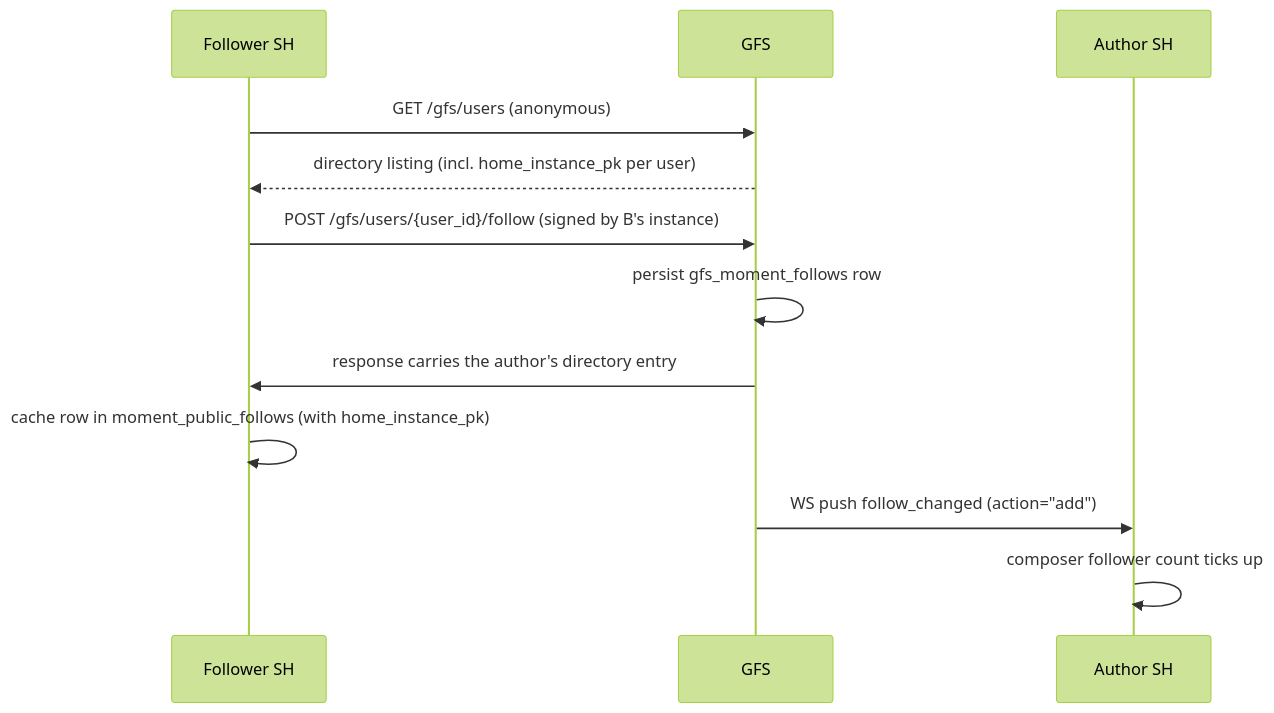
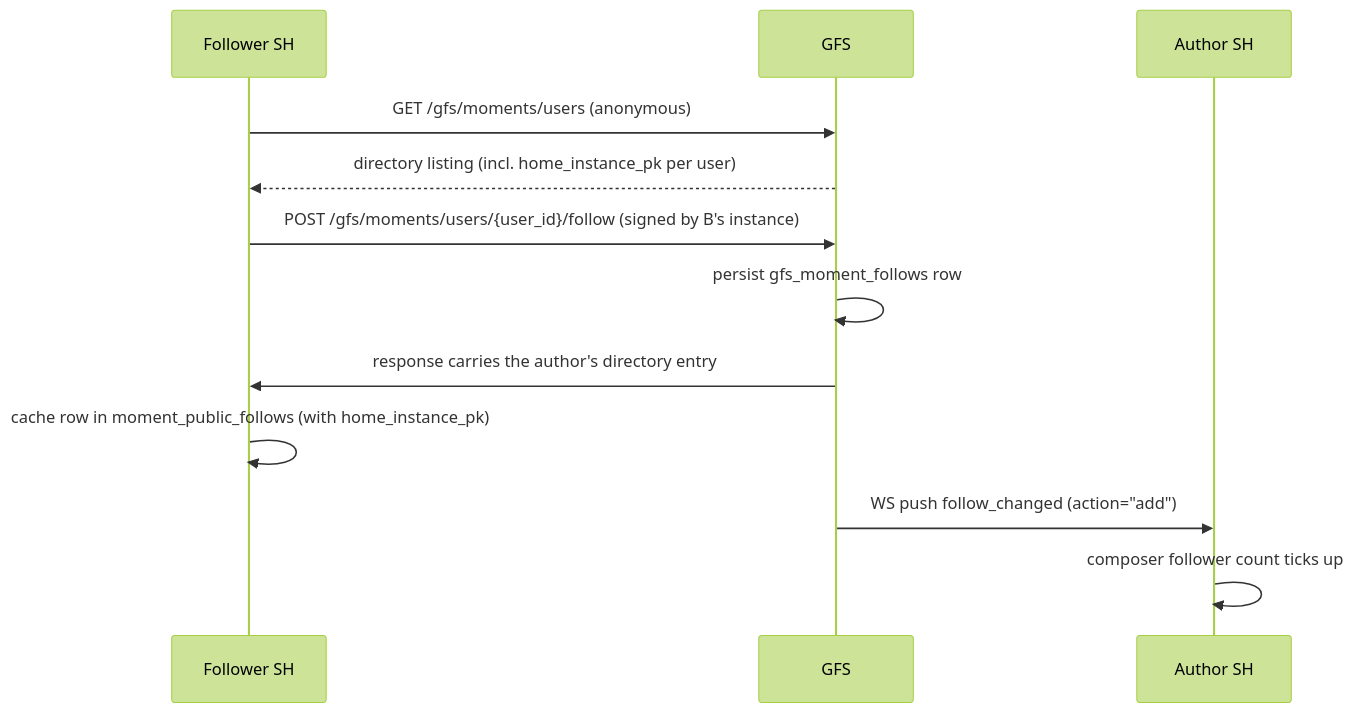
The first of 2 diagrams in docs/protocol/momentum_public.md (social-home-io/social-home), drawn with Mermaid (forest theme) before and after one commit. The commit also changed other lines of this file and 14 other files, not shown here.

First line of the commit message:
feat(gfs)!: rename Momentum wire surface /gfs/users → /gfs/moments/users

````diff
--- a/docs/protocol/momentum_public.md
+++ b/docs/protocol/momentum_public.md
@@ -97,15 +100,15 @@
 ```mermaid
 sequenceDiagram
   participant B as Follower SH
   participant G as GFS
   participant A as Author SH
 
-  B->>G: GET /gfs/users (anonymous)
+  B->>G: GET /gfs/moments/users (anonymous)
   G-->>B: directory listing (incl. home_instance_pk per user)
-  B->>G: POST /gfs/users/{user_id}/follow (signed by B's instance)
+  B->>G: POST /gfs/moments/users/{user_id}/follow (signed by B's instance)
   G->>G: persist gfs_moment_follows row
   G->>B: response carries the author's directory entry
   B->>B: cache row in moment_public_follows (with home_instance_pk)
   G->>A: WS push follow_changed (action="add")
   A->>A: composer follower count ticks up
 ```
````
